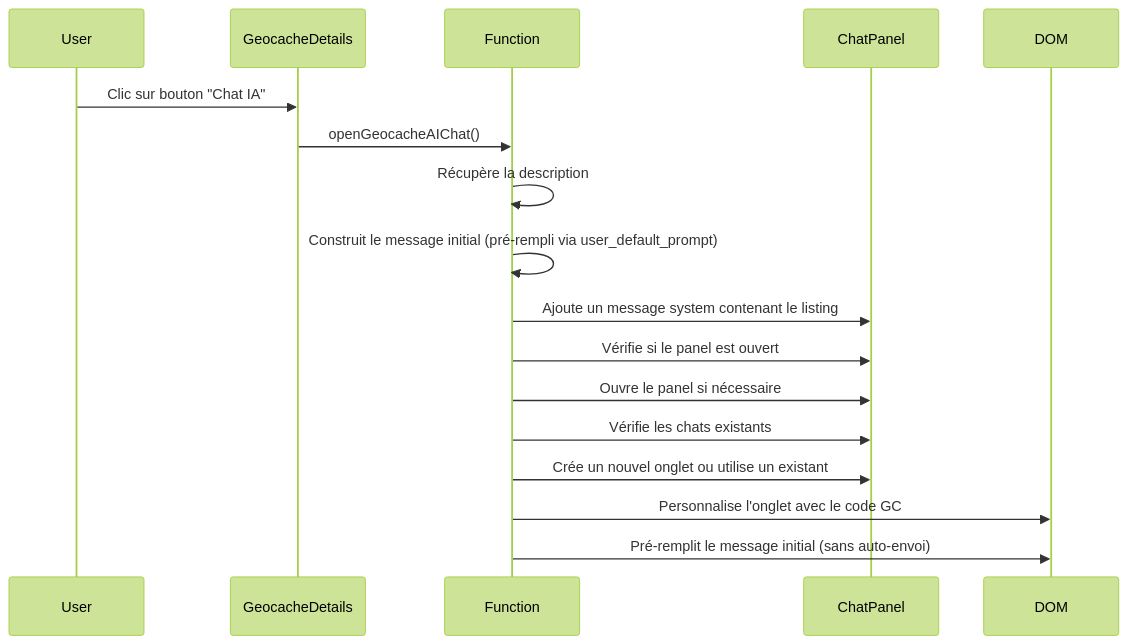
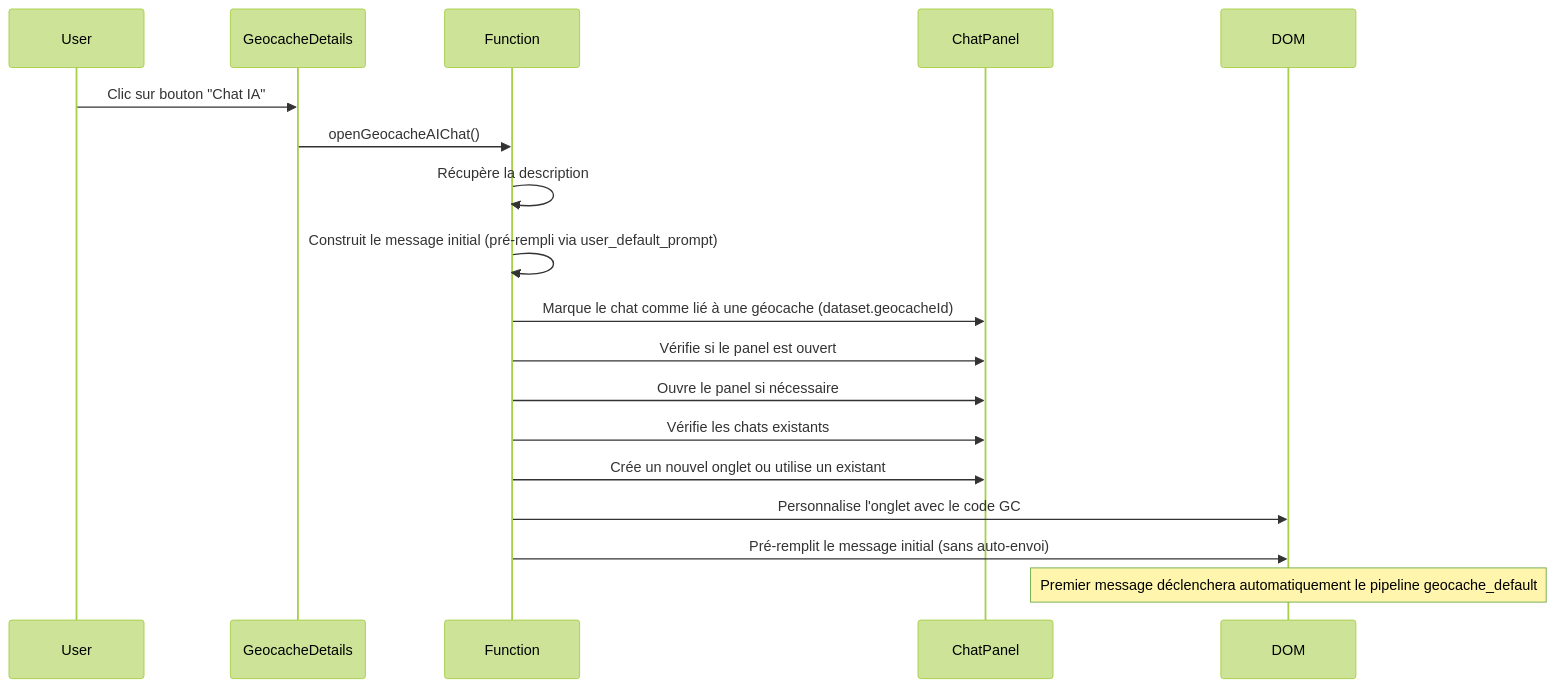
The fourth of 5 diagrams in docs/panel_ia.md (TherionAcribus/MysterAI), drawn with Mermaid (forest theme) before and after one commit. The commit also changed other lines of this file and 3 other files, not shown here.

Commit message:
Pipeline > Il n'est exécuté qu'une fois, et uniquement si on parle d'une geocache

````diff
--- a/docs/panel_ia.md
+++ b/docs/panel_ia.md
@@ -310,20 +314,21 @@
 ```mermaid
 sequenceDiagram
     participant User
     participant GeocacheDetails
     participant Function
     participant ChatPanel
     participant DOM
 
     User->>GeocacheDetails: Clic sur bouton "Chat IA"
     GeocacheDetails->>Function: openGeocacheAIChat()
     Function->>Function: Récupère la description
     Function->>Function: Construit le message initial (pré-rempli via user_default_prompt)
-    Function->>ChatPanel: Ajoute un message system contenant le listing
+    Function->>ChatPanel: Marque le chat comme lié à une géocache (dataset.geocacheId)
     Function->>ChatPanel: Vérifie si le panel est ouvert
     Function->>ChatPanel: Ouvre le panel si nécessaire
     Function->>ChatPanel: Vérifie les chats existants
     Function->>ChatPanel: Crée un nouvel onglet ou utilise un existant
     Function->>DOM: Personnalise l'onglet avec le code GC
     Function->>DOM: Pré-remplit le message initial (sans auto-envoi)
+    Note over DOM: Premier message déclenchera automatiquement le pipeline geocache_default
 ```
````
